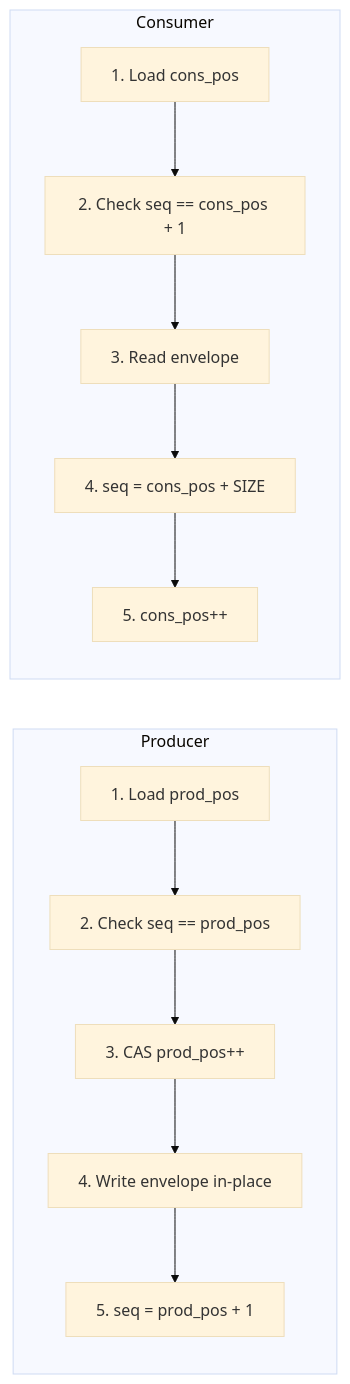
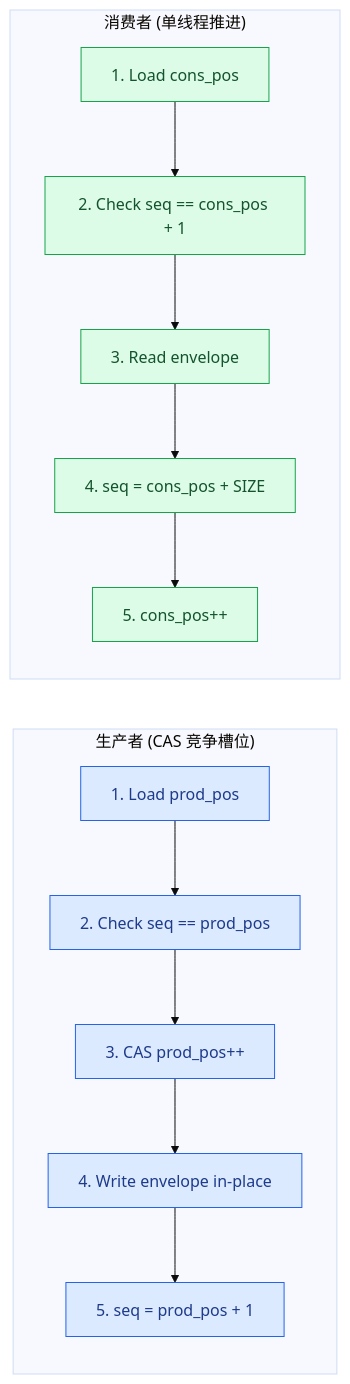
One commit to DeguiLiu/tech-notes changed the second of 3 diagrams in content/posts/performance/mccc_lockfree_mpsc_design.md. Above: the diagram before and after it, drawn with Mermaid (base theme). The commit also changed other lines of this file and 20 other files, not shown here.

First line of the commit message:
story-docs(blog): de-AI performance posts and color bus diagrams

````diff
--- a/content/posts/performance/mccc_lockfree_mpsc_design.md
+++ b/content/posts/performance/mccc_lockfree_mpsc_design.md
@@ -85,21 +92,23 @@
 ```mermaid
 flowchart LR
-    subgraph Producer[Producer]
-        P1[1. Load prod_pos]
-        P2[2. Check seq == prod_pos]
-        P3[3. CAS prod_pos++]
-        P4[4. Write envelope in-place]
-        P5[5. seq = prod_pos + 1]
+    subgraph Producer["生产者 (CAS 竞争槽位)"]
+        P1["1. Load prod_pos"]:::prod
+        P2["2. Check seq == prod_pos"]:::prod
+        P3["3. CAS prod_pos++"]:::prod
+        P4["4. Write envelope in-place"]:::prod
+        P5["5. seq = prod_pos + 1"]:::prod
     end
 
-    subgraph Consumer[Consumer]
-        C1[1. Load cons_pos]
-        C2[2. Check seq == cons_pos + 1]
-        C3[3. Read envelope]
-        C4[4. seq = cons_pos + SIZE]
-        C5[5. cons_pos++]
+    subgraph Consumer["消费者 (单线程推进)"]
+        C1["1. Load cons_pos"]:::cons
+        C2["2. Check seq == cons_pos + 1"]:::cons
+        C3["3. Read envelope"]:::cons
+        C4["4. seq = cons_pos + SIZE"]:::cons
+        C5["5. cons_pos++"]:::cons
     end
 
     P1 --> P2 --> P3 --> P4 --> P5
     C1 --> C2 --> C3 --> C4 --> C5
+    classDef prod fill:#dbeafe,stroke:#2563eb,color:#1e3a8a
+    classDef cons fill:#dcfce7,stroke:#16a34a,color:#14532d
 ```
````
